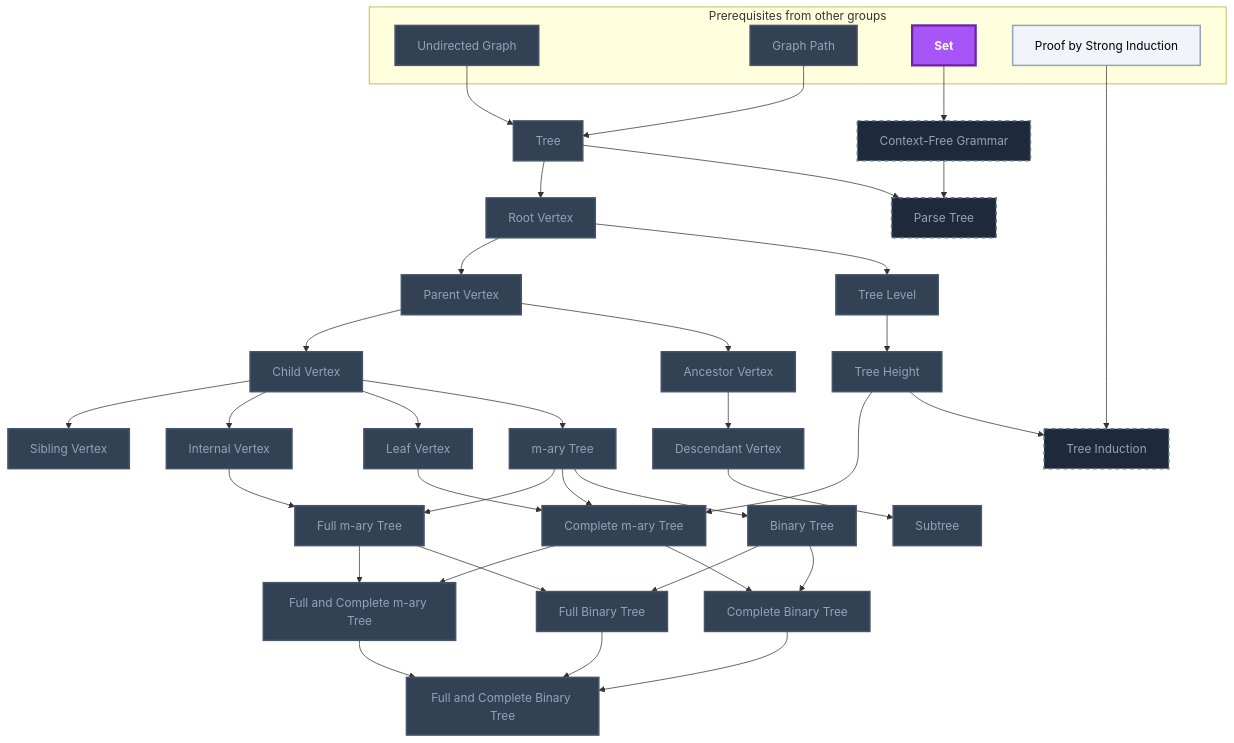
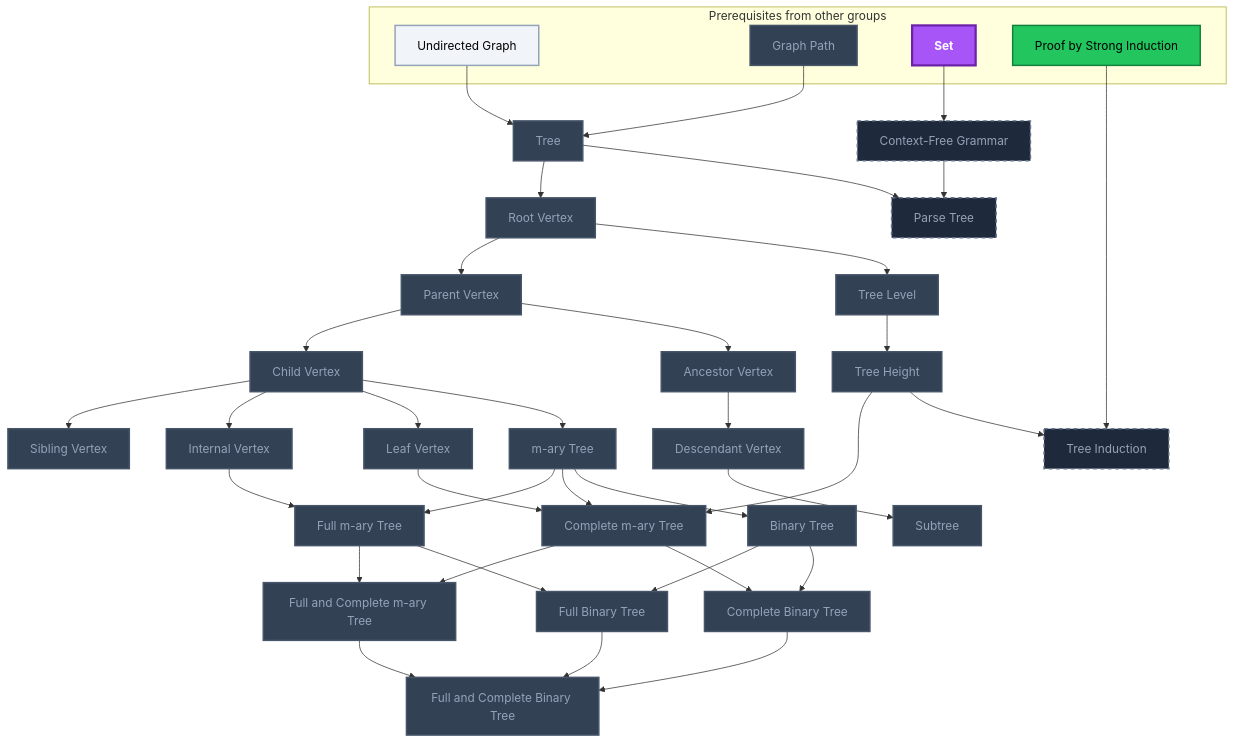
Before and after one commit to MRauf1/My-Notes: the fifth of 10 diagrams in Gamification/Skill Trees/Theoretical Computer Science.md, drawn with Mermaid. The commit also changed other lines of this file and 145 other files, not shown here.

````diff
--- a/Gamification/Skill Trees/Theoretical Computer Science.md
+++ b/Gamification/Skill Trees/Theoretical Computer Science.md
@@ -205,80 +206,81 @@
 ```mermaid
 flowchart TD
     classDef planned fill:#1E293B,stroke:#64748B,stroke-width:2px,stroke-dasharray:5 5,color:#94A3B8;
     classDef locked fill:#334155,stroke:#475569,stroke-width:2px,color:#94A3B8;
     classDef L0 fill:#F1F5F9,stroke:#94A3B8,stroke-width:2px,color:#000000;
     classDef L1 fill:#22C55E,stroke:#15803D,stroke-width:2px,color:#000000;
     classDef L2 fill:#3B82F6,stroke:#1D4ED8,stroke-width:3px,color:#FFFFFF;
     classDef L3 fill:#A855F7,stroke:#6B21A8,stroke-width:3px,color:#FFFFFF,font-weight:bold;
     classDef L4 fill:#F97316,stroke:#C2410C,stroke-width:4px,color:#000000,font-weight:bold;
     classDef L5 fill:#FFD700,stroke:#FF8C00,stroke-width:5px,color:#000000,font-weight:bold;
     classDef rusty stroke:#8B4513,stroke-width:4px,stroke-dasharray:3 3;
     subgraph sg_prereqs["Prerequisites from other groups"]
         n_undirected_graph["Undirected Graph"]
         n_graph_path["Graph Path"]
         n_set["Set"]
         n_proof_by_strong_induction["Proof by Strong Induction"]
     end
     n_tree["Tree"]
     n_root_vertex["Root Vertex"]
     n_parent_vertex["Parent Vertex"]
     n_child_vertex["Child Vertex"]
     n_sibling_vertex["Sibling Vertex"]
     n_ancestor_vertex["Ancestor Vertex"]
     n_descendant_vertex["Descendant Vertex"]
     n_internal_vertex["Internal Vertex"]
     n_leaf_vertex["Leaf Vertex"]
     n_tree_level["Tree Level"]
     n_tree_height["Tree Height"]
     n_subtree["Subtree"]
     n_m_ary_tree["m-ary Tree"]
     n_full_m_ary_tree["Full m-ary Tree"]
     n_complete_m_ary_tree["Complete m-ary Tree"]
     n_full_and_complete_m_ary_tree["Full and Complete m-ary Tree"]
     n_binary_tree["Binary Tree"]
     n_full_binary_tree["Full Binary Tree"]
     n_complete_binary_tree["Complete Binary Tree"]
     n_full_and_complete_binary_tree["Full and Complete Binary Tree"]
     n_context_free_grammar["Context-Free Grammar"]
     n_parse_tree["Parse Tree"]
     n_tree_induction["Tree Induction"]
     n_undirected_graph --> n_tree
     n_graph_path --> n_tree
     n_tree --> n_root_vertex
     n_root_vertex --> n_parent_vertex
     n_parent_vertex --> n_child_vertex
     n_child_vertex --> n_sibling_vertex
     n_parent_vertex --> n_ancestor_vertex
     n_ancestor_vertex --> n_descendant_vertex
     n_child_vertex --> n_internal_vertex
     n_child_vertex --> n_leaf_vertex
     n_root_vertex --> n_tree_level
     n_tree_level --> n_tree_height
     n_descendant_vertex --> n_subtree
     n_child_vertex --> n_m_ary_tree
     n_m_ary_tree --> n_full_m_ary_tree
     n_internal_vertex --> n_full_m_ary_tree
     n_m_ary_tree --> n_complete_m_ary_tree
     n_leaf_vertex --> n_complete_m_ary_tree
     n_tree_height --> n_complete_m_ary_tree
     n_full_m_ary_tree --> n_full_and_complete_m_ary_tree
     n_complete_m_ary_tree --> n_full_and_complete_m_ary_tree
     n_m_ary_tree --> n_binary_tree
     n_binary_tree --> n_full_binary_tree
     n_full_m_ary_tree --> n_full_binary_tree
     n_binary_tree --> n_complete_binary_tree
     n_complete_m_ary_tree --> n_complete_binary_tree
     n_full_binary_tree --> n_full_and_complete_binary_tree
     n_complete_binary_tree --> n_full_and_complete_binary_tree
     n_full_and_complete_m_ary_tree --> n_full_and_complete_binary_tree
     n_set --> n_context_free_grammar
     n_context_free_grammar --> n_parse_tree
     n_tree --> n_parse_tree
     n_tree_height --> n_tree_induction
     n_proof_by_strong_induction --> n_tree_induction
     class n_context_free_grammar,n_parse_tree,n_tree_induction planned;
-    class n_undirected_graph,n_graph_path,n_tree,n_root_vertex,n_parent_vertex,n_child_vertex,n_sibling_vertex,n_ancestor_vertex,n_descendant_vertex,n_internal_vertex,n_leaf_vertex,n_tree_level,n_tree_height,n_subtree,n_m_ary_tree,n_full_m_ary_tree,n_complete_m_ary_tree,n_full_and_complete_m_ary_tree,n_binary_tree,n_full_binary_tree,n_complete_binary_tree,n_full_and_complete_binary_tree locked;
-    class n_proof_by_strong_induction L0;
+    class n_graph_path,n_tree,n_root_vertex,n_parent_vertex,n_child_vertex,n_sibling_vertex,n_ancestor_vertex,n_descendant_vertex,n_internal_vertex,n_leaf_vertex,n_tree_level,n_tree_height,n_subtree,n_m_ary_tree,n_full_m_ary_tree,n_complete_m_ary_tree,n_full_and_complete_m_ary_tree,n_binary_tree,n_full_binary_tree,n_complete_binary_tree,n_full_and_complete_binary_tree locked;
+    class n_undirected_graph L0;
+    class n_proof_by_strong_induction L1;
     class n_set L3;
     class n_undirected_graph,n_graph_path,n_set,n_proof_by_strong_induction,n_tree,n_root_vertex,n_parent_vertex,n_child_vertex,n_sibling_vertex,n_ancestor_vertex,n_descendant_vertex,n_internal_vertex,n_leaf_vertex,n_tree_level,n_tree_height,n_subtree,n_m_ary_tree,n_full_m_ary_tree,n_complete_m_ary_tree,n_full_and_complete_m_ary_tree,n_binary_tree,n_full_binary_tree,n_complete_binary_tree,n_full_and_complete_binary_tree internal-link;
 ```
````
